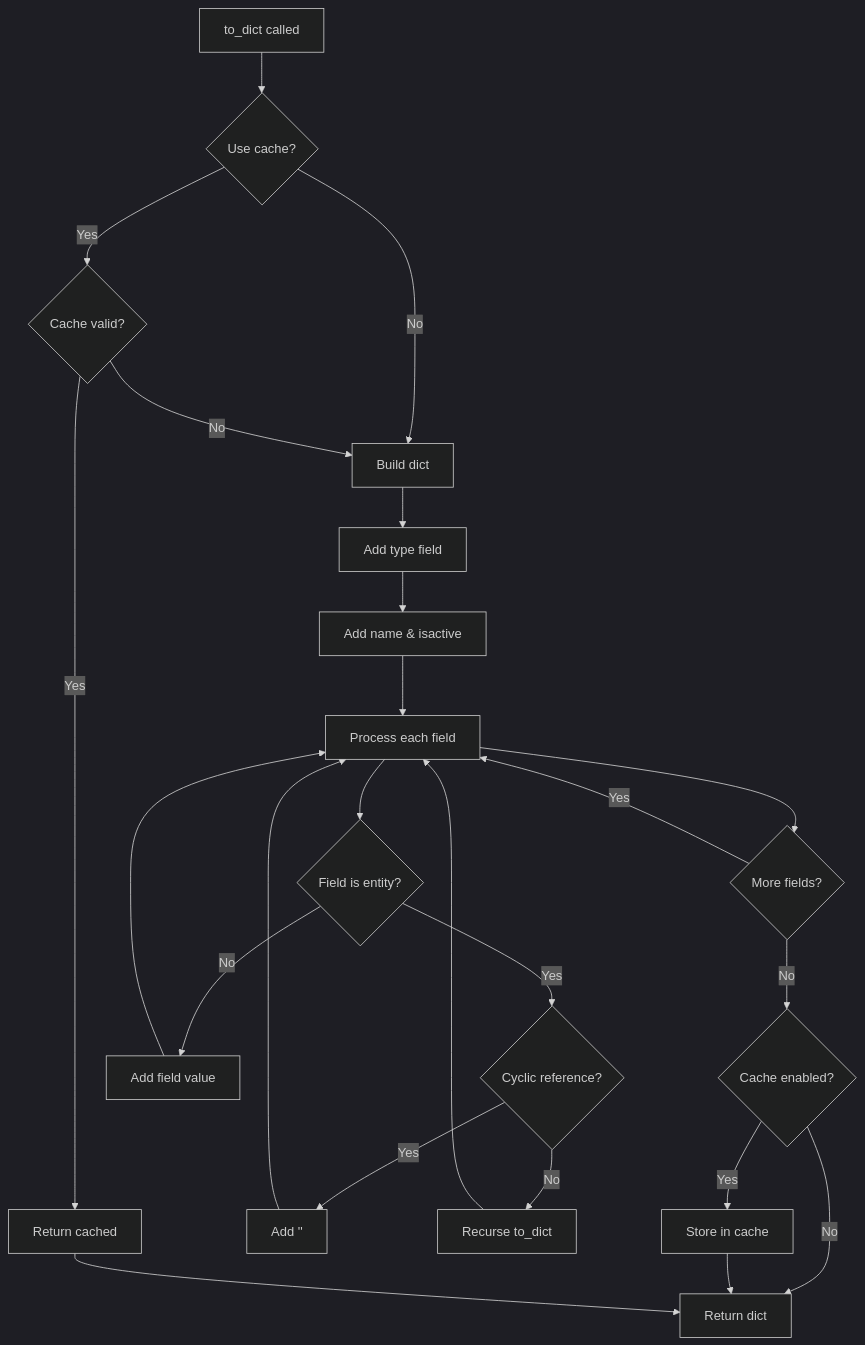
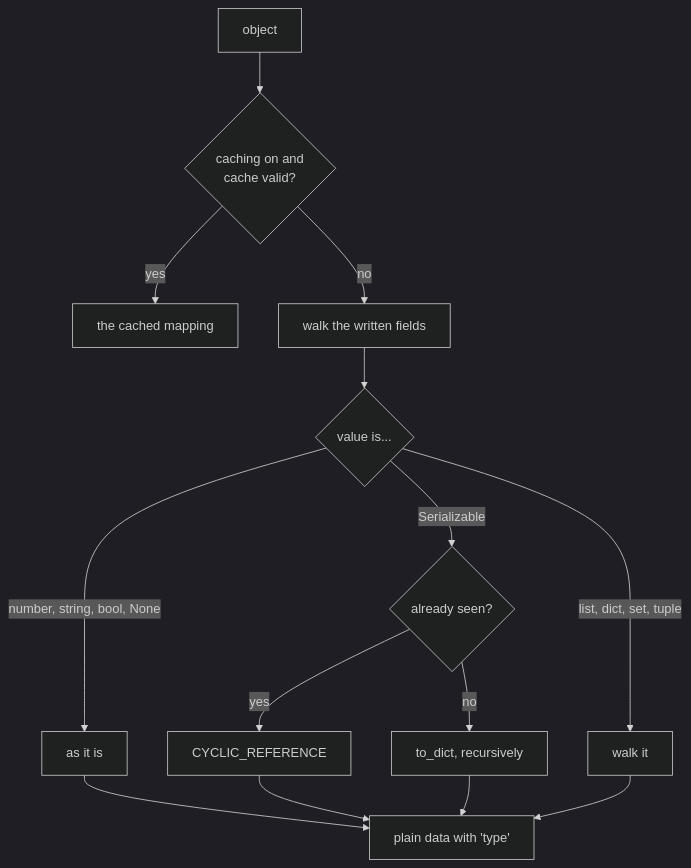
One commit to Torward1024/MSB changed the seventh of 11 diagrams in docs/diagrams.md. Above: the diagram before and after it, drawn with Mermaid (dark theme). The commit also changed other lines of this file and 5 other files, not shown here.

First line of the commit message:
12.08.2026 -- Rewrite base.md, docs/README.md, architecture.md and the diagrams.

````diff
--- a/docs/diagrams.md
+++ b/docs/diagrams.md
@@ -214,33 +202,16 @@
 ```mermaid
 flowchart TD
-    A[to_dict called] --> B{Use cache?}
-    B -->|Yes| C{Cache valid?}
-    B -->|No| D[Build dict]
-
-    C -->|Yes| E[Return cached]
-    C -->|No| D
-
-    D --> F[Add type field]
-    F --> G[Add name & isactive]
-    G --> H[Process each field]
-
-    H --> I{Field is entity?}
-    I -->|Yes| J{Cyclic reference?}
-    I -->|No| K[Add field value]
-
-    J -->|Yes| L[Add '<cyclic reference>']
-    J -->|No| M[Recurse to_dict]
-
-    K --> H
-    L --> H
-    M --> H
-
-    H --> N{More fields?}
-    N -->|Yes| H
-    N -->|No| O{Cache enabled?}
-    O -->|Yes| P[Store in cache]
-    O -->|No| Q[Return dict]
-
-    P --> Q
-    E --> Q
+    A["object"] --> B{"caching on and<br/>cache valid?"}
+    B -->|yes| C["the cached mapping"]
+    B -->|no| D["walk the written fields"]
+    D --> E{"value is..."}
+    E -->|"number, string, bool, None"| F["as it is"]
+    E -->|"Serializable"| G{"already seen?"}
+    G -->|yes| H["CYCLIC_REFERENCE"]
+    G -->|no| I["to_dict, recursively"]
+    E -->|"list, dict, set, tuple"| J["walk it"]
+    F --> K["plain data with 'type'"]
+    H --> K
+    I --> K
+    J --> K
 ```
````
